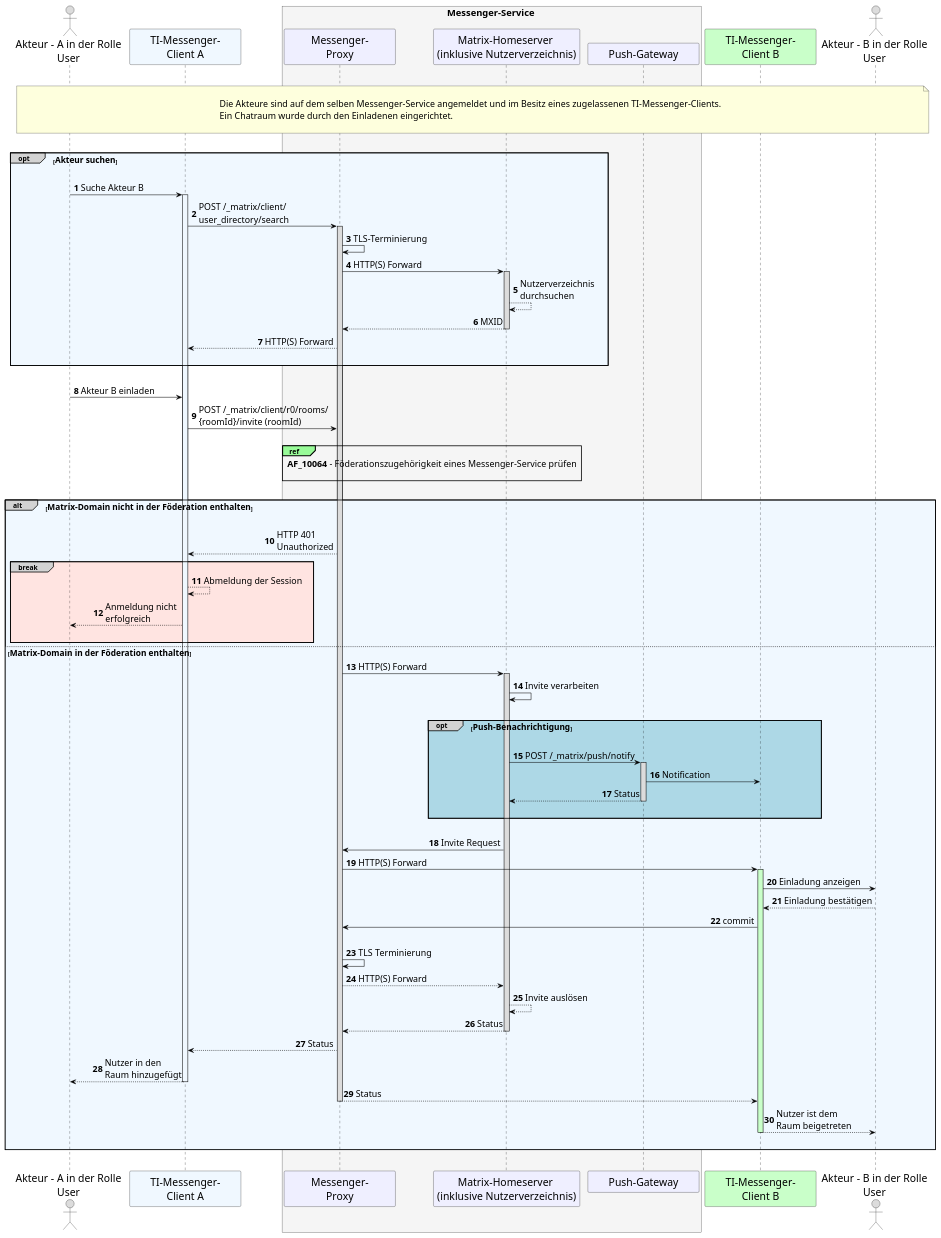
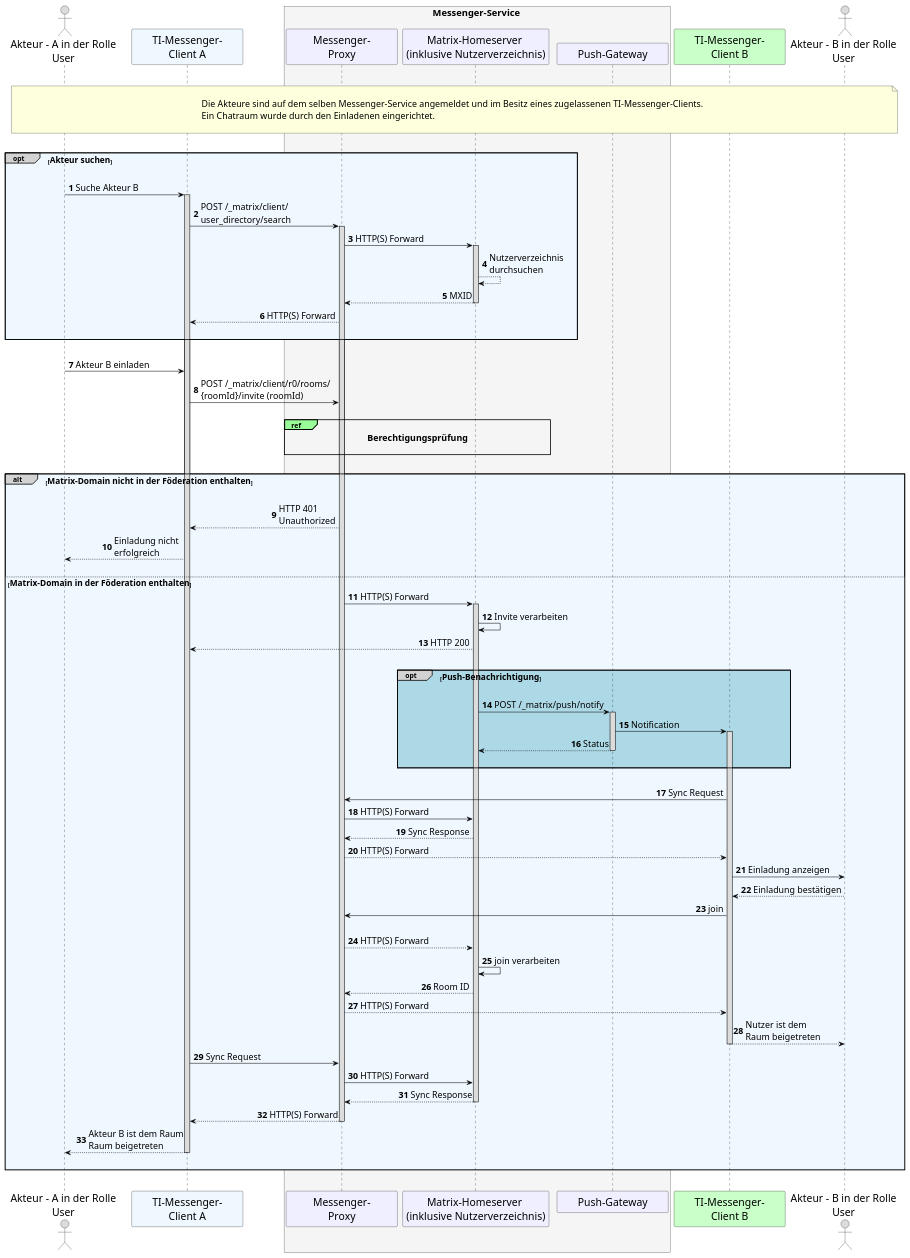
The diagram in src/plantuml/TI-Messenger-Dienst/Ressourcen/UC_10104_Seq.puml (gematik/api-ti-messenger), drawn with PlantUML before and after one commit. The commit also changed 3 other files, not shown here.

```diff
--- a/src/plantuml/TI-Messenger-Dienst/Ressourcen/UC_10104_Seq.puml
+++ b/src/plantuml/TI-Messenger-Dienst/Ressourcen/UC_10104_Seq.puml
@@ -6,115 +6,117 @@
 @startuml
 skinparam sequenceMessageAlign direction
 skinparam minClassWidth 200
 skinparam BoxPadding 1
 skinparam sequenceReferenceHeaderBackgroundColor palegreen
 scale max 2048 width
 
 skinparam sequence {
 ArrowColor black
 ArrowFontSize 17
 ActorBorderColor black
 LifeLineBorderColor black
 LifeLineBackgroundColor Gainsboro
 
 ParticipantBorderColor Motivation
 ParticipantBackgroundColor Motivation
 ParticipantFontSize 20
 ParticipantFontColor black
 ParticipantBorderColor Black
 ParticipantBackgroundColor MOTIVATION
 
 ActorBackgroundColor Gainsboro
 ActorFontColor black
 ActorFontSize 20
 }
 autonumber
 
     actor U1 as "Akteur - A in der Rolle\nUser"
     participant C1 as "TI-Messenger-\nClient A" #AliceBlue
     box <size:18>Messenger-Service</size> #WhiteSmoke
       participant MP as "Messenger-\nProxy"
       participant MH as "Matrix-Homeserver \n(inklusive Nutzerverzeichnis)"
       participant PG as "Push-Gateway"
     end box
     participant C2 as "TI-Messenger-\nClient B"#TECHNOLOGY
     actor U2 as "Akteur - B in der Rolle\nUser"
     
 |||
 note over U1, U2: \n<size:17>Die Akteure sind auf dem selben Messenger-Service angemeldet und im Besitz eines zugelassenen TI-Messenger-Clients.\n<size:17>Ein Chatraum wurde durch den Einladenen eingerichtet.</size>\n
 |||
 
     opt#LightGrey #AliceBlue <size:16>Akteur suchen</size>
     |||
     U1->C1: Suche Akteur B
-      activate C1 #AliceBlue
+      activate C1
     C1->MP: POST /_matrix/client/\nuser_directory/search
       activate MP
-    MP->MP: TLS-Terminierung
     MP->MH: HTTP(S) Forward
       activate MH
     MH-->MH: Nutzerverzeichnis \ndurchsuchen
     MH-->MP: MXID
       deactivate MH
     MP-->C1: HTTP(S) Forward
     |||
     end
     
     |||
     U1->C1: Akteur B einladen
     C1->MP: POST /_matrix/client/r0/rooms/\n{roomId}/invite (roomId)
     
     |||
-      ref over MP, MH: <size:17><b>AF_10064</b> - Föderationszugehörigkeit eines Messenger-Service prüfen</size>\n 
+      ref over MP, MH: <size:17><b>Berechtigungsprüfung</size>\n 
     |||
     
     alt#LightGrey #AliceBlue <size:16>Matrix-Domain nicht in der Föderation enthalten</size>
       |||
       MP-->C1: HTTP 401 \nUnauthorized
+      C1-->U1: Einladung nicht \nerfolgreich
+        |||
 
-      break#LightGrey #MistyRose
-        C1-->C1: Abmeldung der Session
-        C1-->U1: Anmeldung nicht \nerfolgreich
-        |||
-      end
     
       else <size:16>Matrix-Domain in der Föderation enthalten</size>
     
       MP->MH: HTTP(S) Forward
         activate MH
       MH->MH: Invite verarbeiten
+      MH-->C1: HTTP 200
       |||
         opt#LightGrey #LightBlue <size:16>Push-Benachrichtigung</size>
           |||
           MH->PG: POST /_matrix/push/notify
             activate PG
           PG->C2: Notification
+          activate C2
           PG-->MH: Status
             deactivate PG
         |||
         end
         |||
-          MH->MP: Invite Request
-          MP->C2: HTTP(S) Forward
-            activate C2 #TECHNOLOGY
+          
+          C2->MP: Sync Request
+          MP->MH: HTTP(S) Forward
+          MH-->MP: Sync Response
+          MP-->C2: HTTP(S) Forward
+
           C2->U2: Einladung anzeigen
           U2-->C2: Einladung bestätigen
-          C2->MP: commit
+          C2->MP: join
           |||
-          MP->MP: TLS Terminierung
           MP-->MH: HTTP(S) Forward
-          MH-->MH: Invite auslösen
-          MH-->MP: Status
-            deactivate MH
-          MP-->C1: Status
-          C1-->U1: Nutzer in den \nRaum hinzugefügt
-            deactivate C1
-          MP-->C2: Status
-            deactivate MP
+          MH->MH: join verarbeiten
+          MH-->MP: Room ID
+          MP-->C2: HTTP(S) Forward
           C2-->U2: Nutzer ist dem \nRaum beigetreten
-            deactivate C2
-
+          deactivate C2
+          C1->MP: Sync Request
+          MP->MH: HTTP(S) Forward
+          MH-->MP: Sync Response
+          deactivate MH
+          MP-->C1: HTTP(S) Forward
+          deactivate MP
+          C1-->U1: Akteur B ist dem Raum\nRaum beigetreten
+          deactivate C1
         |||
         end
  |||
 @enduml
```
